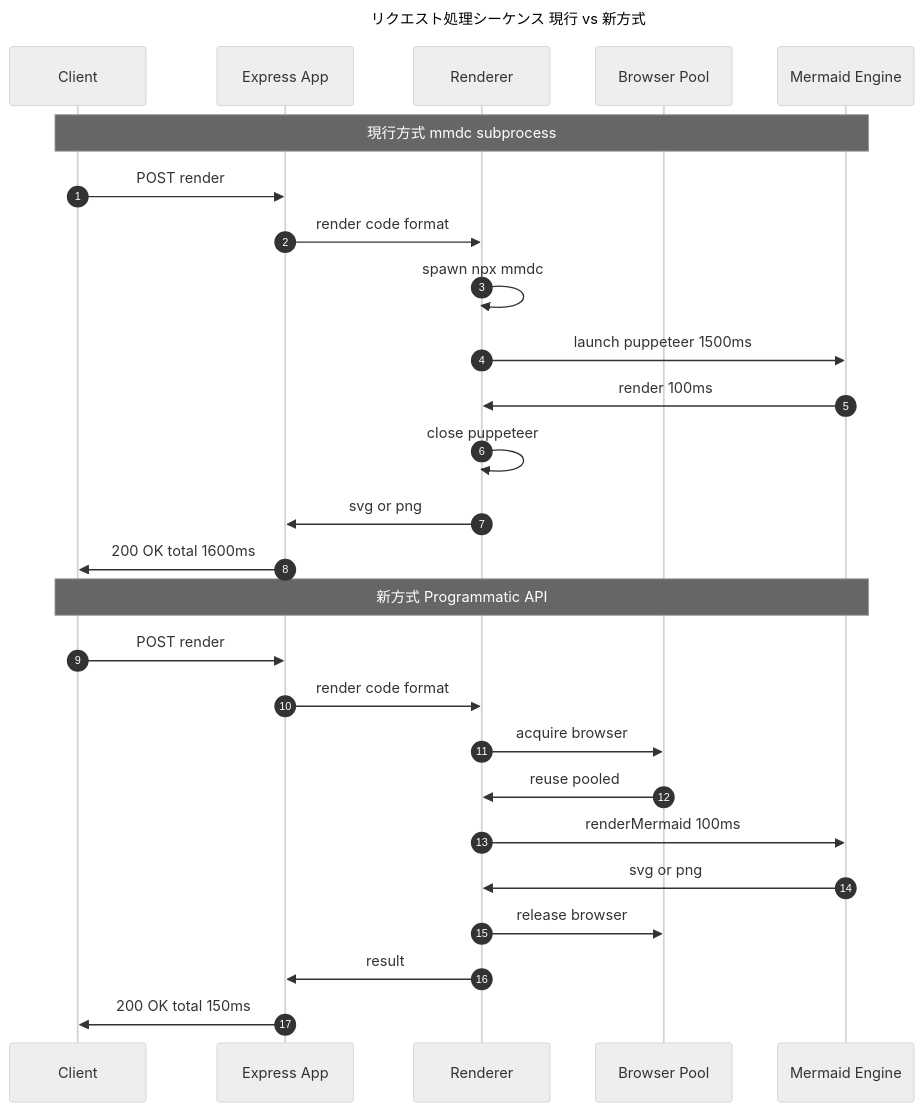
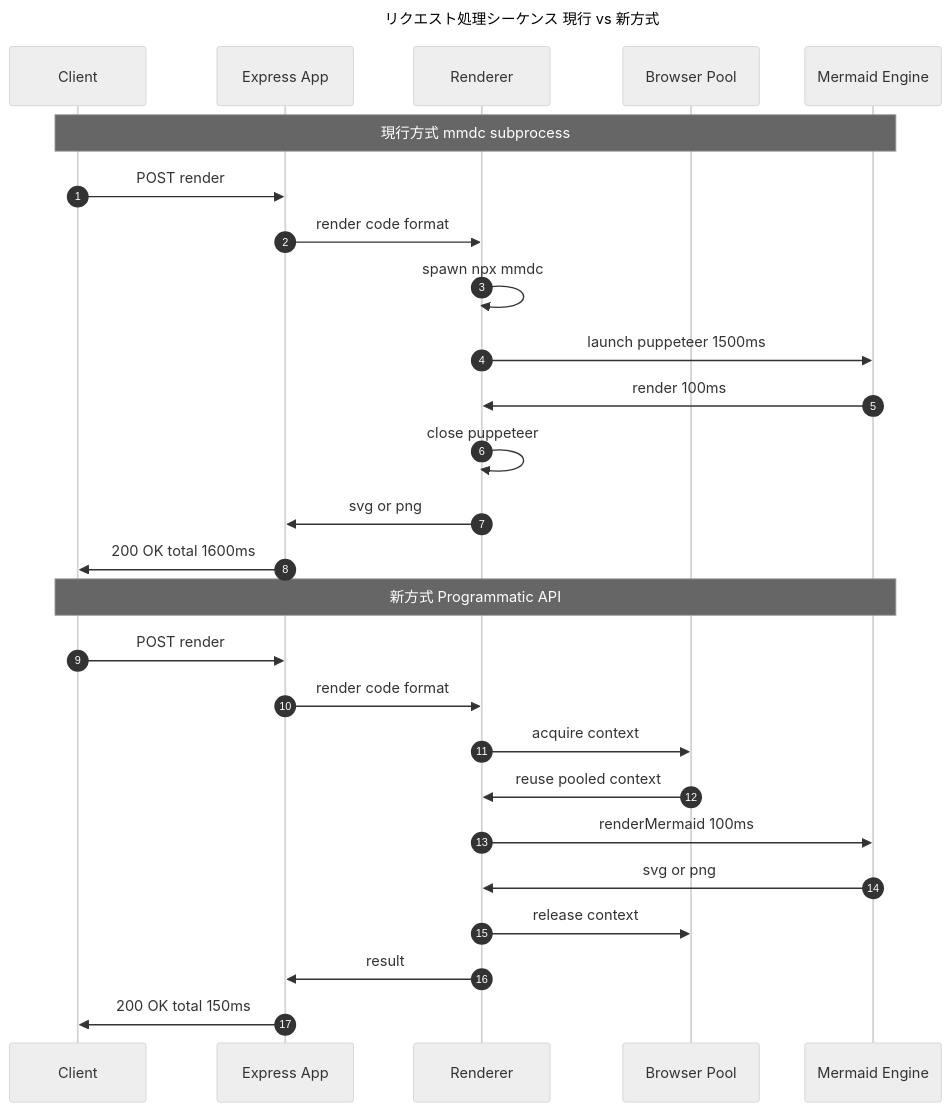
One commit to hirokun-hub/mermaid-render-api changed the second of 4 diagrams in .kiro/specs/beautiful-svg-rendering/design.md. Above: the diagram before and after it, drawn with Mermaid. The commit also changed other lines of this file and 1 other file, not shown here.

First line of the commit message:
docs(spec): BrowserContext 寄せ後の細部整合 5 件を修正

````diff
--- a/.kiro/specs/beautiful-svg-rendering/design.md
+++ b/.kiro/specs/beautiful-svg-rendering/design.md
@@ -72,36 +72,36 @@
 ```mermaid
 ---
 title: "リクエスト処理シーケンス 現行 vs 新方式"
 config:
   theme: neutral
   sequence:
     showSequenceNumbers: true
 ---
 sequenceDiagram
   participant C as Client
   participant A as Express App
   participant R as Renderer
   participant P as Browser Pool
   participant M as Mermaid Engine
 
   Note over C,M: 現行方式 mmdc subprocess
   C->>A: POST render
   A->>R: render code format
   R->>R: spawn npx mmdc
   R->>M: launch puppeteer 1500ms
   M->>R: render 100ms
   R->>R: close puppeteer
   R->>A: svg or png
   A->>C: 200 OK total 1600ms
 
   Note over C,M: 新方式 Programmatic API
   C->>A: POST render
   A->>R: render code format
-  R->>P: acquire browser
-  P->>R: reuse pooled
+  R->>P: acquire context
+  P->>R: reuse pooled context
   R->>M: renderMermaid 100ms
   M->>R: svg or png
-  R->>P: release browser
+  R->>P: release context
   R->>A: result
   A->>C: 200 OK total 150ms
 ```
````
